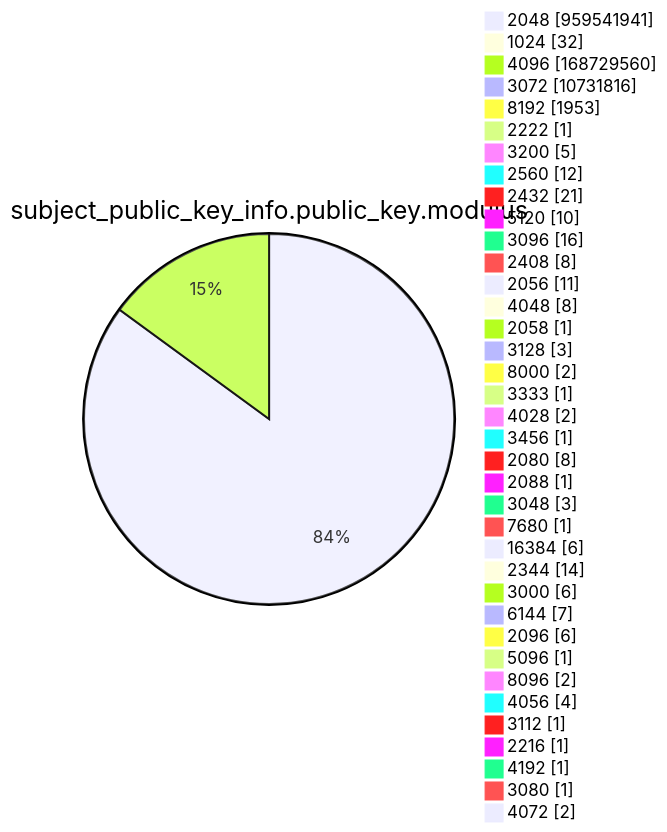
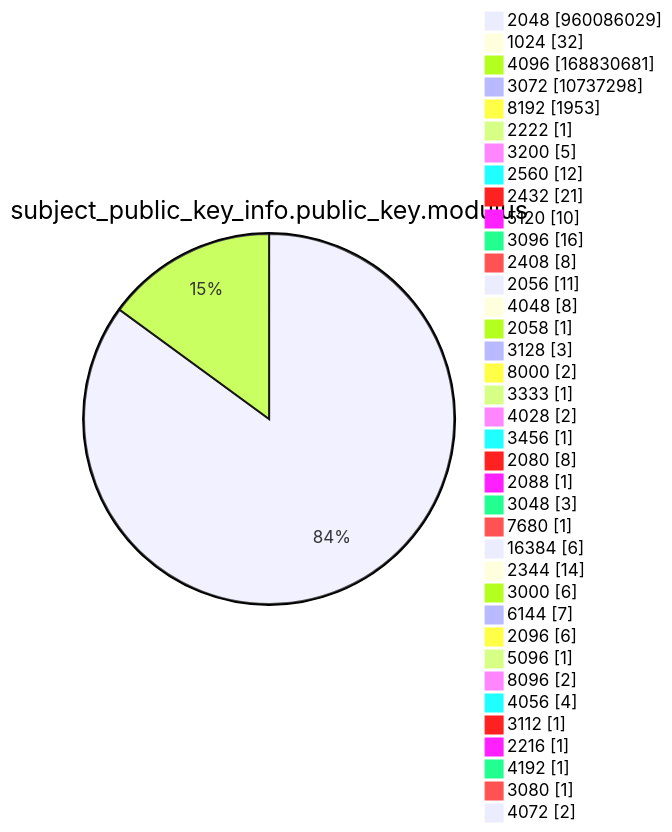
Before and after one commit to christiankrug/ctmonitor_visualization: diagram 13 of 15 in argon2022/README.md, drawn with Mermaid. The commit also changed other lines of this file, not shown here.

````diff
--- a/argon2022/README.md
+++ b/argon2022/README.md
@@ -3586,41 +3586,41 @@
 ```mermaid
 pie showData
 title subject_public_key_info.public_key.modulus
-"2048" :959541941
+"2048" :960086029
 "1024" :32
-"4096" :168729560
-"3072" :10731816
+"4096" :168830681
+"3072" :10737298
 "8192" :1953
 "2222" :1
 "3200" :5
 "2560" :12
 "2432" :21
 "5120" :10
 "3096" :16
 "2408" :8
 "2056" :11
 "4048" :8
 "2058" :1
 "3128" :3
 "8000" :2
 "3333" :1
 "4028" :2
 "3456" :1
 "2080" :8
 "2088" :1
 "3048" :3
 "7680" :1
 "16384" :6
 "2344" :14
 "3000" :6
 "6144" :7
 "2096" :6
 "5096" :1
 "8096" :2
 "4056" :4
 "3112" :1
 "2216" :1
 "4192" :1
 "3080" :1
 "4072" :2
 ```
````
